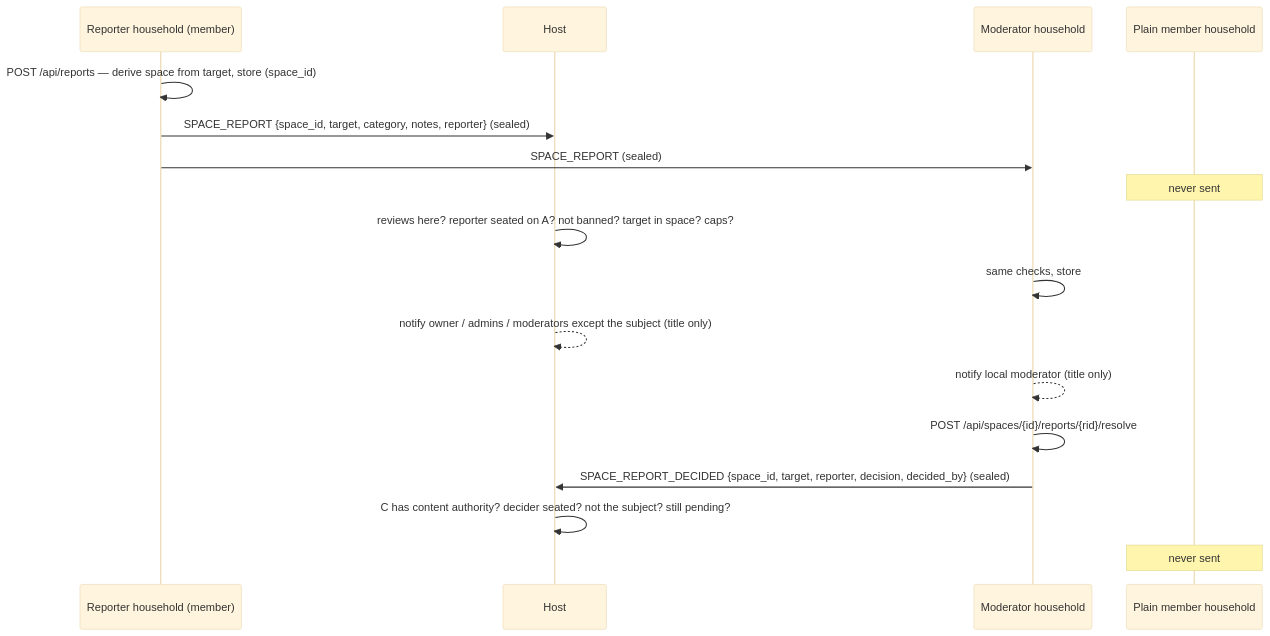
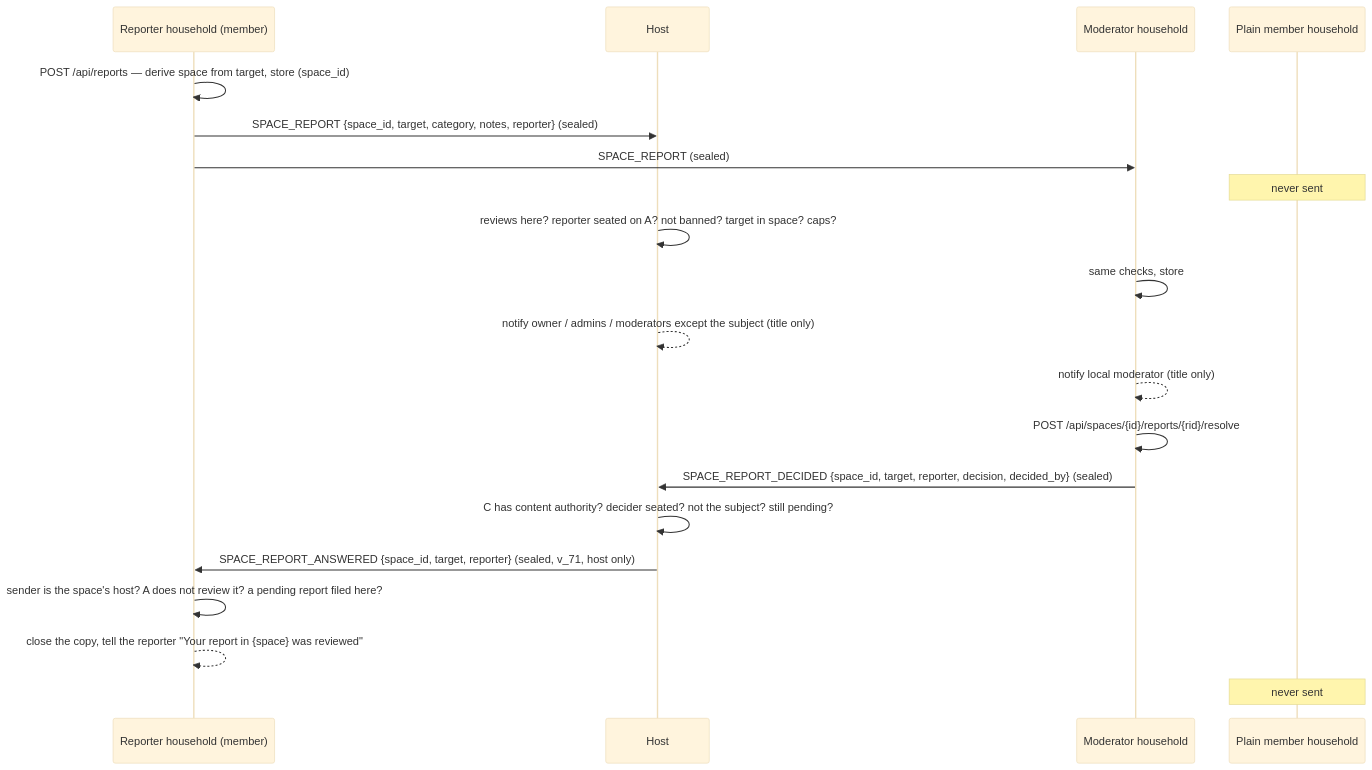
One commit to social-home-io/socialhome changed the second of 2 diagrams in docs/protocol/moderation.md. Above: the diagram before and after it, drawn with Mermaid (base theme). The commit also changed other lines of this file and 21 other files, not shown here.

First line of the commit message:
Reporters in other households hear when their report was reviewed (#1226)

````diff
--- a/docs/protocol/moderation.md
+++ b/docs/protocol/moderation.md
@@ -396,19 +402,22 @@
 ```mermaid
 sequenceDiagram
     participant A as Reporter household (member)
     participant H as Host
     participant C as Moderator household
     participant D as Plain member household
     A->>A: POST /api/reports — derive space from target, store (space_id)
     A->>H: SPACE_REPORT {space_id, target, category, notes, reporter} (sealed)
     A->>C: SPACE_REPORT (sealed)
     Note over D: never sent
     H->>H: reviews here? reporter seated on A? not banned? target in space? caps?
     C->>C: same checks, store
     H-->>H: notify owner / admins / moderators except the subject (title only)
     C-->>C: notify local moderator (title only)
     C->>C: POST /api/spaces/{id}/reports/{rid}/resolve
     C->>H: SPACE_REPORT_DECIDED {space_id, target, reporter, decision, decided_by} (sealed)
     H->>H: C has content authority? decider seated? not the subject? still pending?
+    H->>A: SPACE_REPORT_ANSWERED {space_id, target, reporter} (sealed, v_71, host only)
+    A->>A: sender is the space's host? A does not review it? a pending report filed here?
+    A-->>A: close the copy, tell the reporter "Your report in {space} was reviewed"
     Note over D: never sent
 ```
````
